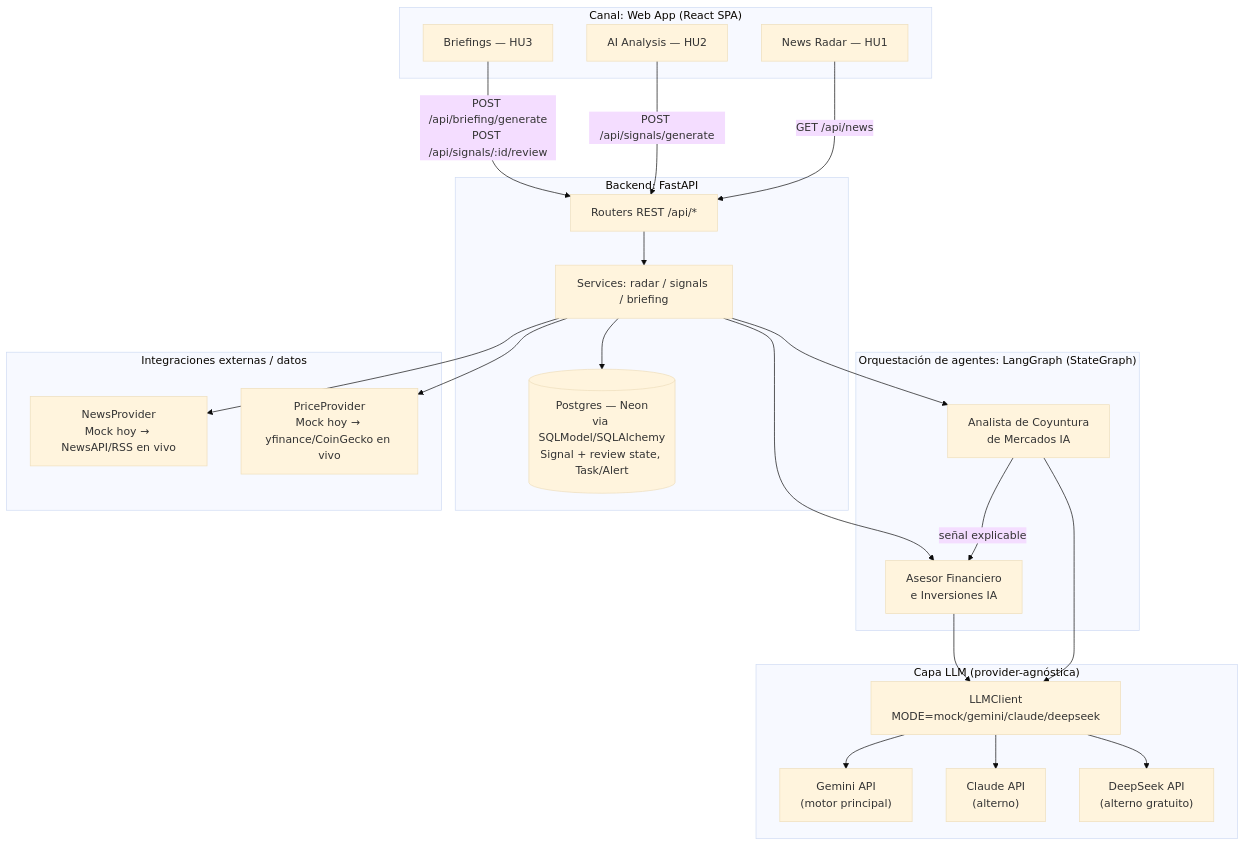
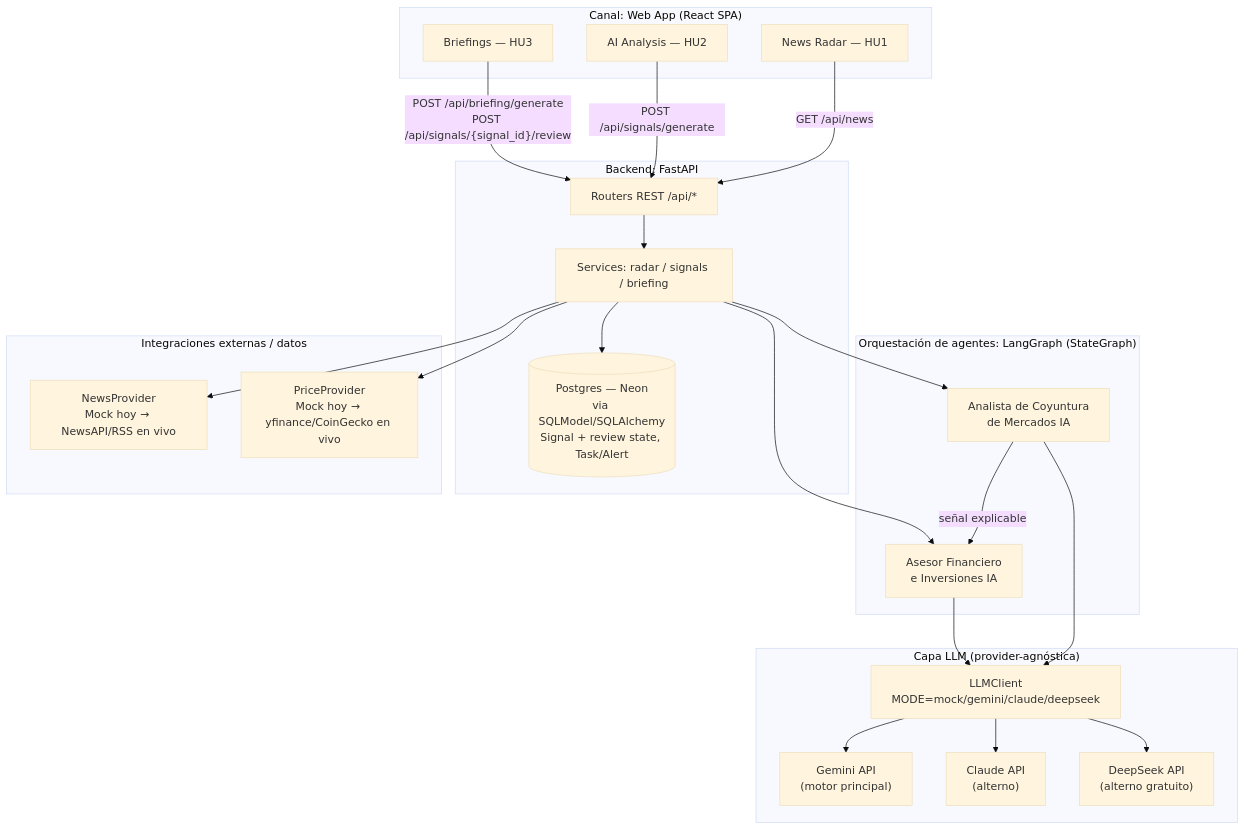
The diagram in DOCS/DOCUMENTO_TECNICO.md (JoelVelasqueZz/marketmind-ai), drawn with Mermaid (base theme) before and after one commit.

Commit message:
fix: ruta de revision de senal en el diagrama no coincidia con el codigo real
El diagrama usaba sintaxis :id (estilo Express) para el endpoint de
review, pero la ruta real en backend/routers/signals.py usa
{signal_id} (FastAPI). Verificado renderizando el diagrama completo
con mermaid-cli tras el cambio.

````diff
--- a/DOCS/DOCUMENTO_TECNICO.md
+++ b/DOCS/DOCUMENTO_TECNICO.md
@@ -39,48 +39,48 @@
 ```mermaid
 flowchart TB
     subgraph Cliente["Canal: Web App (React SPA)"]
         UI1[News Radar — HU1]
         UI2[AI Analysis — HU2]
         UI3[Briefings — HU3]
     end
 
     subgraph Backend["Backend: FastAPI"]
         API[Routers REST /api/*]
         SVC[Services: radar / signals / briefing]
         DB[(Postgres — Neon\nvia SQLModel/SQLAlchemy\nSignal + review state, Task/Alert)]
     end
 
     subgraph Agentes["Orquestación de agentes: LangGraph (StateGraph)"]
         A1[Analista de Coyuntura\nde Mercados IA]
         A2[Asesor Financiero\ne Inversiones IA]
         A1 -->|señal explicable| A2
     end
 
     subgraph LLM["Capa LLM (provider-agnóstica)"]
         LLMC["LLMClient\nMODE=mock/gemini/claude/deepseek"]
         GEMINI["Gemini API\n(motor principal)"]
         CLAUDE["Claude API\n(alterno)"]
         DEEPSEEK["DeepSeek API\n(alterno gratuito)"]
         LLMC --> GEMINI
         LLMC --> CLAUDE
         LLMC --> DEEPSEEK
     end
 
     subgraph Datos["Integraciones externas / datos"]
         NP[NewsProvider\nMock hoy → NewsAPI/RSS en vivo]
         PP[PriceProvider\nMock hoy → yfinance/CoinGecko en vivo]
     end
 
     UI1 -->|GET /api/news| API
     UI2 -->|POST /api/signals/generate| API
-    UI3 -->|POST /api/briefing/generate\nPOST /api/signals/:id/review| API
+    UI3 -->|"POST /api/briefing/generate\nPOST /api/signals/{signal_id}/review"| API
 
     API --> SVC
     SVC --> A1
     SVC --> A2
     SVC --> DB
     A1 --> LLMC
     A2 --> LLMC
     SVC --> NP
     SVC --> PP
 ```
````
